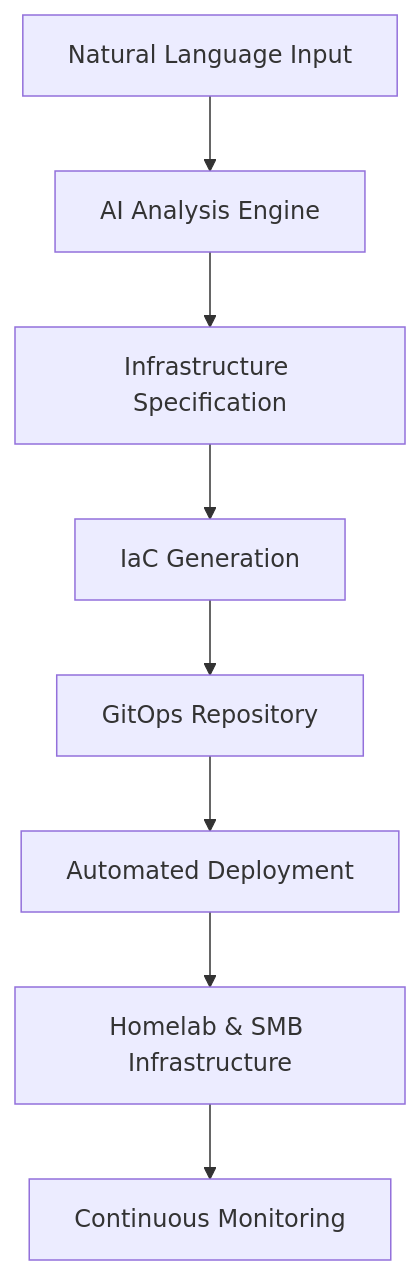
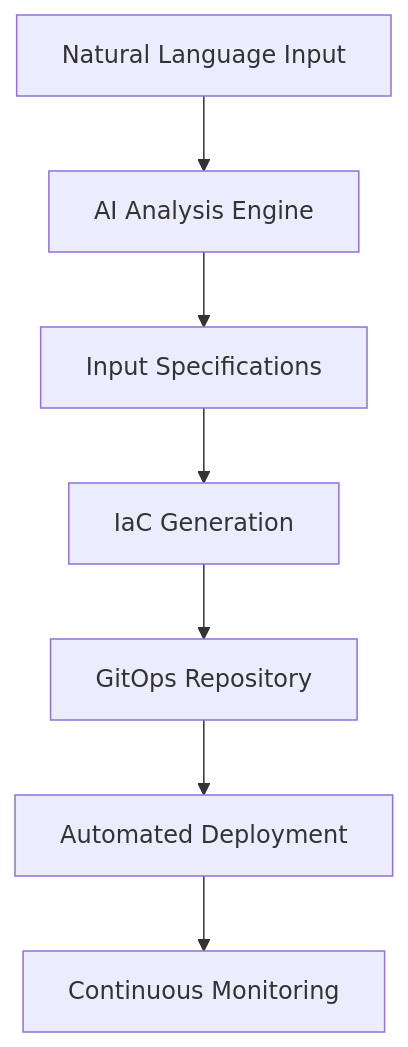
Before and after one commit to edwardhallam/luma-engine: the diagram in README.md, drawn with Mermaid. The commit also changed other lines of this file, not shown here.

````diff
--- a/README.md
+++ b/README.md
@@ -59,10 +49,9 @@
 ```mermaid
 graph TB
     A[Natural Language Input] --> B[AI Analysis Engine]
-    B --> C[Infrastructure Specification]
+    B --> C[Input Specifications]
     C --> D[IaC Generation]
     D --> E[GitOps Repository]
     E --> F[Automated Deployment]
-    F --> G[Homelab & SMB Infrastructure]
-    G --> H[Continuous Monitoring]
+    F --> G[Continuous Monitoring]
 ```
````
